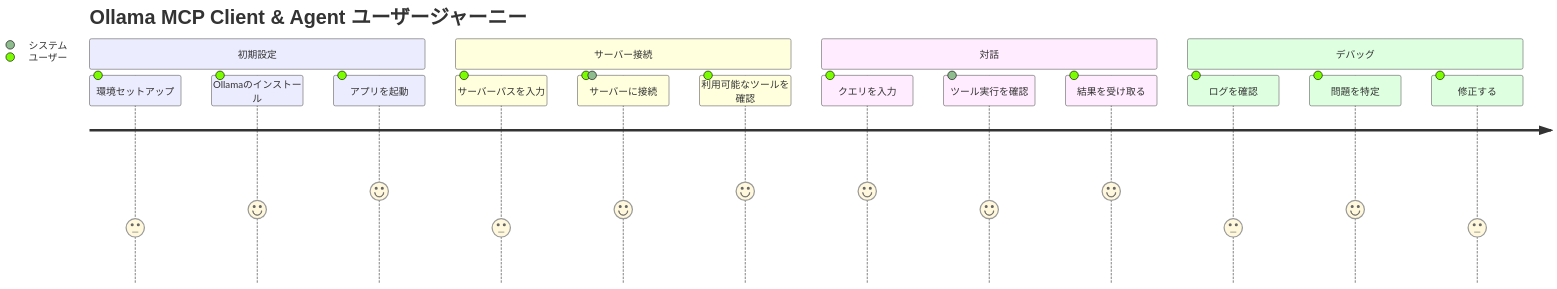
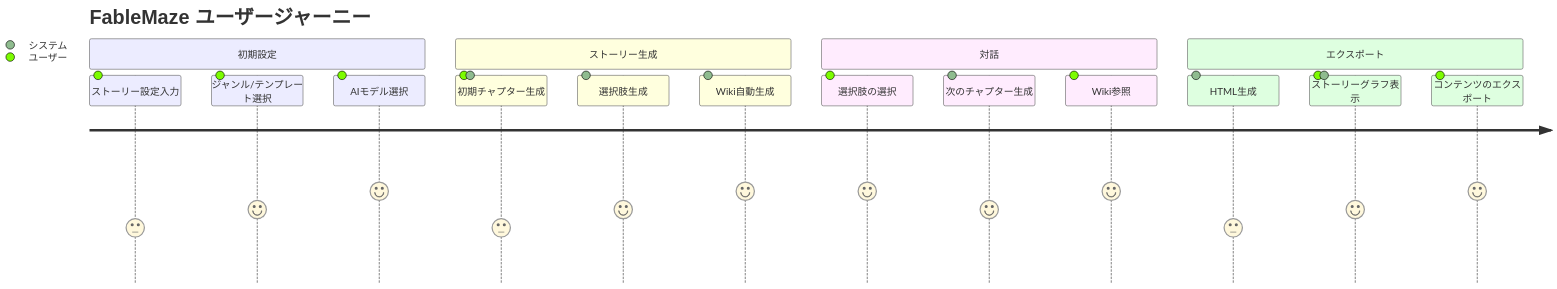
Before and after one commit to NewAITees/FableMaze: the first of 9 diagrams in docs/APP_FLOW.md, drawn with Mermaid. The commit also changed other lines of this file and 6 other files, not shown here.

Commit message:
Rename project from Ollama MCP Client & Agent to FableMaze, updating documentation and structure to reflect new branding and functionality focused on interactive story generation. Remove obsolete visualizer module and adjust setup instructions for development environment.

````diff
--- a/docs/APP_FLOW.md
+++ b/docs/APP_FLOW.md
@@ -7,20 +7,20 @@
 ```mermaid
 journey
-    title Ollama MCP Client & Agent ユーザージャーニー
+    title FableMaze ユーザージャーニー
     section 初期設定
-      環境セットアップ: 3: ユーザー
-      Ollamaのインストール: 4: ユーザー
-      アプリを起動: 5: ユーザー
-    section サーバー接続
-      サーバーパスを入力: 3: ユーザー
-      サーバーに接続: 4: ユーザー, システム
-      利用可能なツールを確認: 5: ユーザー
+      ストーリー設定入力: 3: ユーザー
+      ジャンル/テンプレート選択: 4: ユーザー
+      AIモデル選択: 5: ユーザー
+    section ストーリー生成
+      初期チャプター生成: 3: ユーザー, システム
+      選択肢生成: 4: システム
+      Wiki自動生成: 5: システム
     section 対話
-      クエリを入力: 5: ユーザー
-      ツール実行を確認: 4: システム
-      結果を受け取る: 5: ユーザー
-    section デバッグ
-      ログを確認: 3: ユーザー
-      問題を特定: 4: ユーザー
-      修正する: 3: ユーザー
+      選択肢の選択: 5: ユーザー
+      次のチャプター生成: 4: システム
+      Wiki参照: 5: ユーザー
+    section エクスポート
+      HTML生成: 3: システム
+      ストーリーグラフ表示: 4: ユーザー, システム
+      コンテンツのエクスポート: 5: ユーザー
 ```
````
